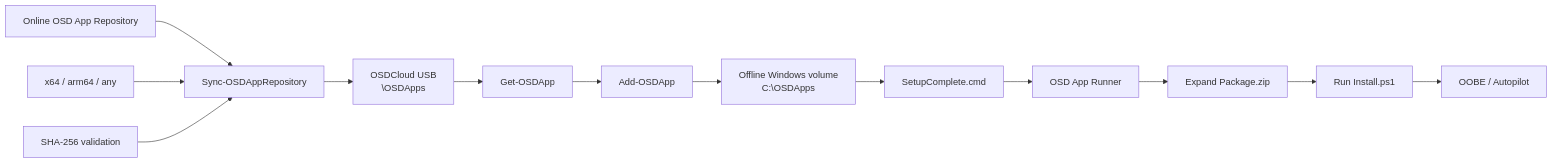
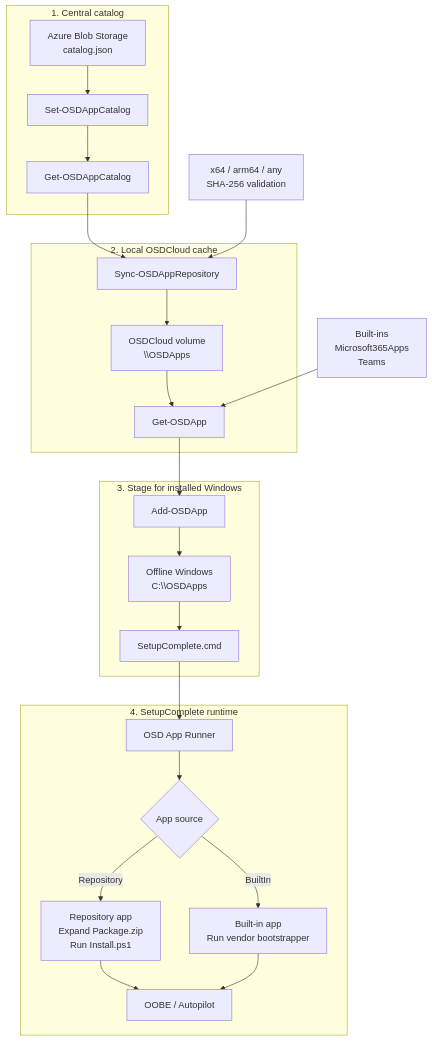
The diagram in README.md (roryvossepoel/OSDAppClient), drawn with Mermaid before and after one commit. The commit also changed other lines of this file, not shown here.

Commit message:
Improve README architecture overview and catalog terminology

````diff
--- a/README.md
+++ b/README.md
@@ -10,16 +10,47 @@
 ```mermaid
-flowchart LR
-    A[Online OSD App Repository] --> B[Sync-OSDAppRepository]
-    B --> C[OSDCloud USB<br/>\OSDApps]
-    C --> D[Get-OSDApp]
-    D --> E[Add-OSDApp]
-    E --> F[Offline Windows volume<br/>C:\OSDApps]
-    F --> G[SetupComplete.cmd]
-    G --> H[OSD App Runner]
-    H --> I[Expand Package.zip]
-    I --> J[Run Install.ps1]
-    J --> K[OOBE / Autopilot]
+flowchart TB
+    subgraph CATALOG["1. Central catalog"]
+        A[Azure Blob Storage<br/>catalog.json]
+        B[Set-OSDAppCatalog]
+        C[Get-OSDAppCatalog]
+        A --> B
+        B --> C
+    end
 
-    L[x64 / arm64 / any] --> B
-    M[SHA-256 validation] --> B
+    subgraph CACHE["2. Local OSDCloud cache"]
+        D[Sync-OSDAppRepository]
+        E[OSDCloud volume<br/>\\OSDApps]
+        F[Get-OSDApp]
+        D --> E
+        E --> F
+    end
+
+    subgraph STAGE["3. Stage for installed Windows"]
+        G[Add-OSDApp]
+        H[Offline Windows<br/>C:\\OSDApps]
+        I[SetupComplete.cmd]
+        G --> H
+        H --> I
+    end
+
+    subgraph RUNTIME["4. SetupComplete runtime"]
+        J[OSD App Runner]
+        K{App source}
+        L[Repository app<br/>Expand Package.zip<br/>Run Install.ps1]
+        M[Built-in app<br/>Run vendor bootstrapper]
+        N[OOBE / Autopilot]
+
+        J --> K
+        K -->|Repository| L
+        K -->|BuiltIn| M
+        L --> N
+        M --> N
+    end
+
+    C --> D
+    F --> G
+    I --> J
+
+    O[Built-ins<br/>Microsoft365Apps<br/>Teams] --> F
+    P[x64 / arm64 / any<br/>SHA-256 validation] --> D
 ```
````
